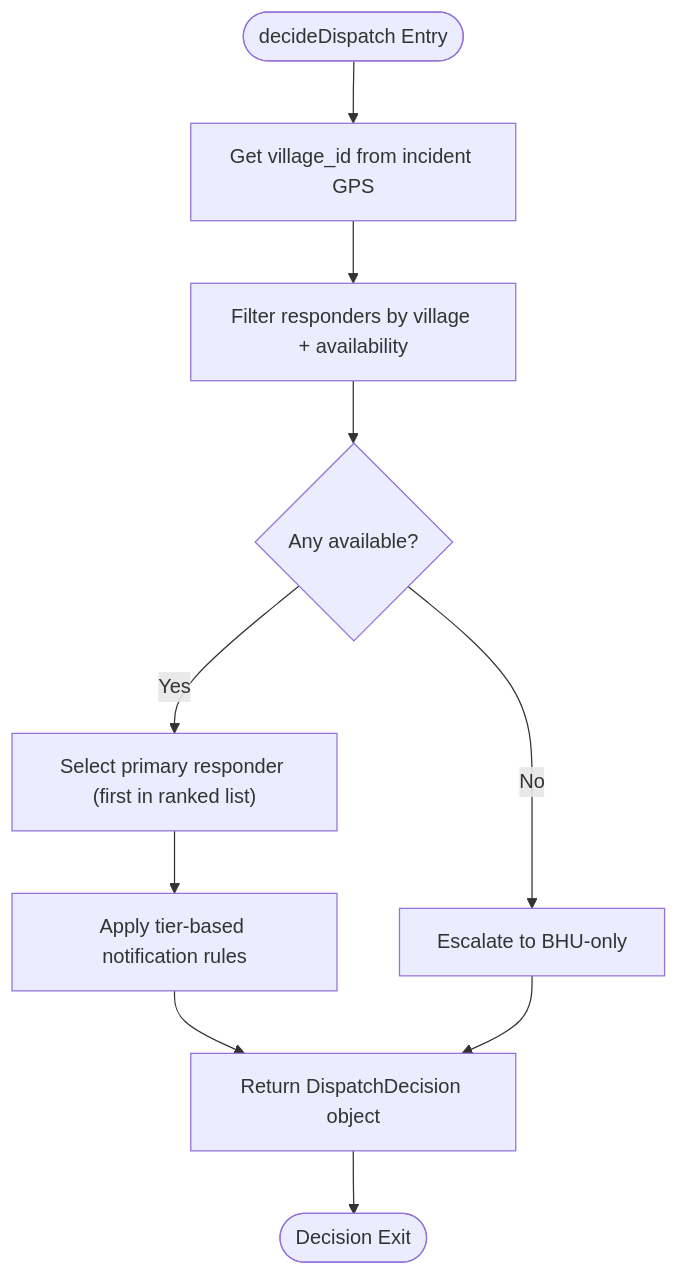
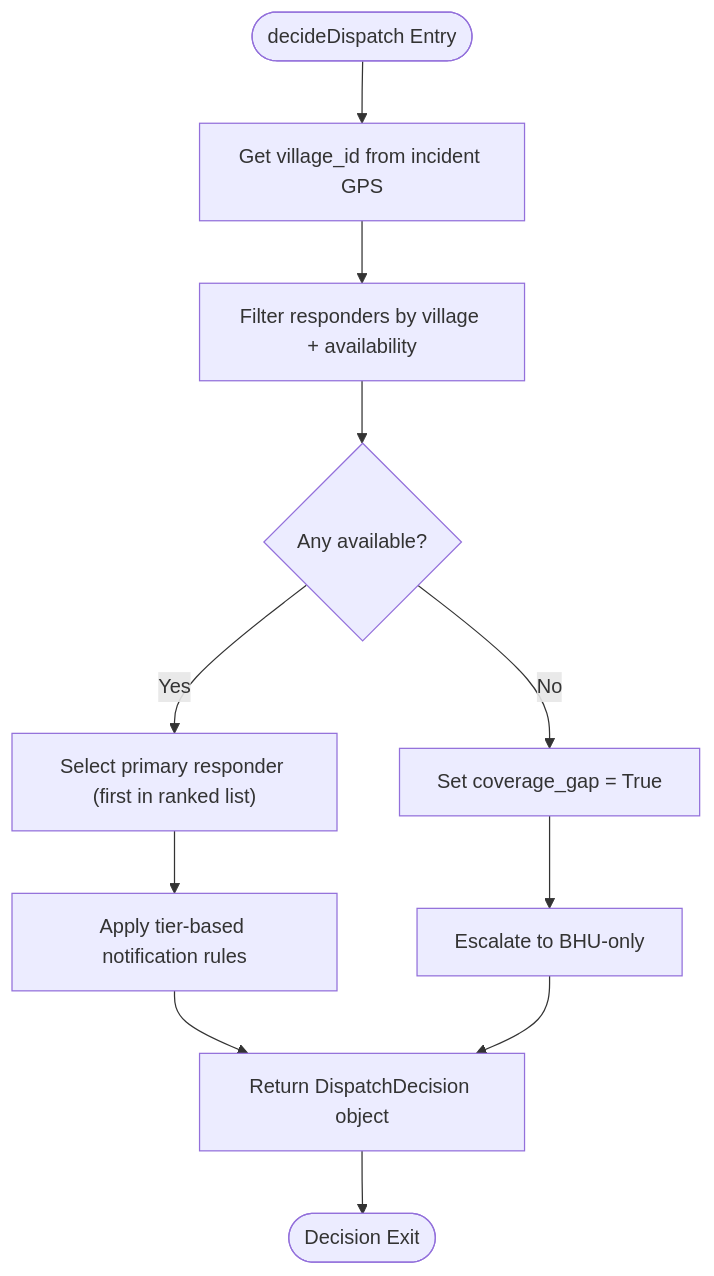
The third of 9 diagrams in .qoder/repowiki/en/content/Matching & Dispatch Engine.md (M-Rumman/LifeLine-Ride), drawn with Mermaid before and after one commit. The commit also changed other lines of this file and 4121 other files, not shown here.

````diff
--- a/.qoder/repowiki/en/content/Matching & Dispatch Engine.md
+++ b/.qoder/repowiki/en/content/Matching & Dispatch Engine.md
@@ -154,12 +179,13 @@
 ```mermaid
 flowchart TD
 Start(["decideDispatch Entry"]) --> GetVillage["Get village_id from incident GPS"]
 GetVillage --> FilterResponders["Filter responders by village + availability"]
 FilterResponders --> CheckAvailable{"Any available?"}
-CheckAvailable --> |No| EscalateBHU["Escalate to BHU-only"]
+CheckAvailable --> |No| CheckCoverageGap["Set coverage_gap = True"]
 CheckAvailable --> |Yes| SelectPrimary["Select primary responder (first in ranked list)"]
+CheckCoverageGap --> EscalateBHU["Escalate to BHU-only"]
 SelectPrimary --> ApplyTier["Apply tier-based notification rules"]
 ApplyTier --> ReturnDecision["Return DispatchDecision object"]
 EscalateBHU --> ReturnDecision
 ReturnDecision --> End(["Decision Exit"])
 ```
````
